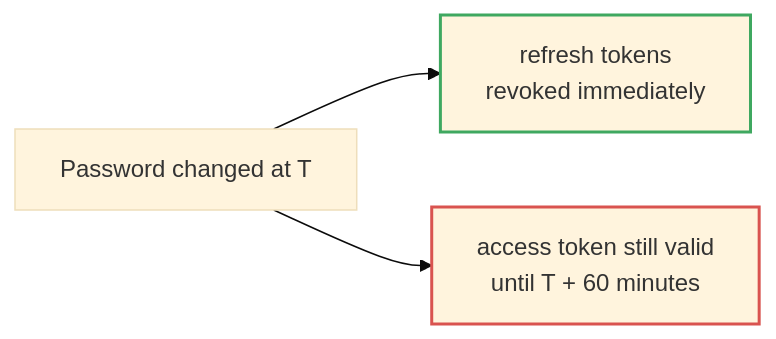
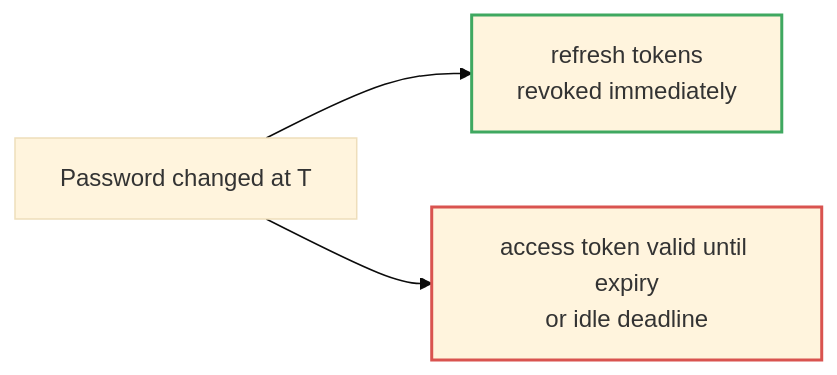
One commit to TGCTZ/TGC-SERVICE-BACKEND changed the eighth of 8 diagrams in docs/diagrams/authentication.md. Above: the diagram before and after it, drawn with Mermaid (base theme). The commit also changed other lines of this file and 13 other files, not shown here.

````diff
--- a/docs/diagrams/authentication.md
+++ b/docs/diagrams/authentication.md
@@ -169,8 +171,8 @@
 ```mermaid
 flowchart LR
     PW["Password changed at T"] --> RT["refresh tokens<br/>revoked immediately"]
-    PW --> AT["access token still valid<br/>until T + 60 minutes"]
+    PW --> AT["access token valid until expiry<br/>or idle deadline"]
 
     style RT stroke:#3fa860,stroke-width:2px
     style AT stroke:#d9534f,stroke-width:2px
 ```
````
